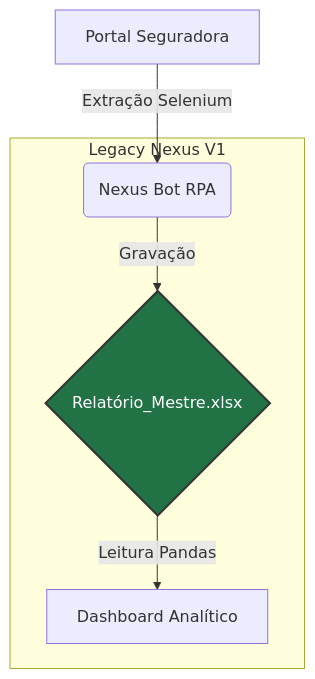
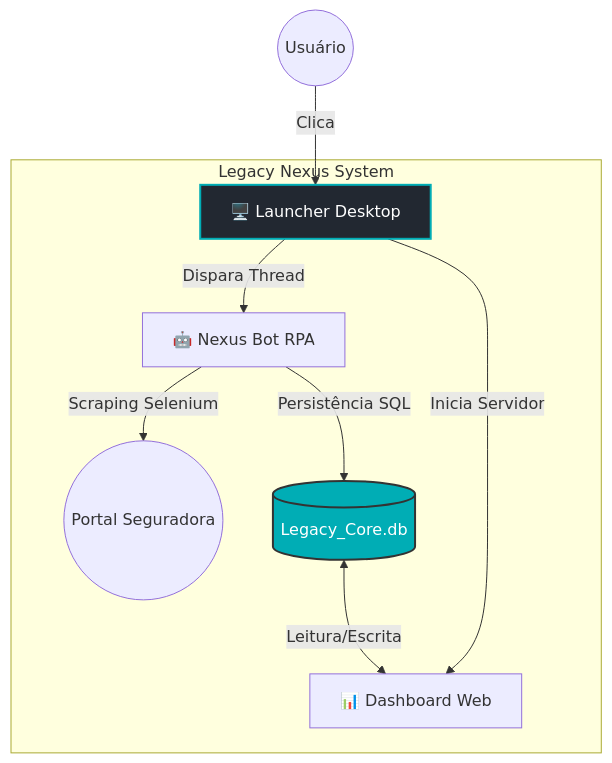
The diagram in README.md (P3dr006/legacy-nexus-showcase), drawn with Mermaid before and after one commit. The commit also changed other lines of this file and 2 other files, not shown here.

````diff
--- a/README.md
+++ b/README.md
@@ -18,14 +18,17 @@
 ```mermaid
 graph TD
-    A[Portal Seguradora] -->|Extração Selenium| B(Nexus Bot RPA)
-    B -->|Gravação| C{Relatório_Mestre.xlsx}
-    C -->|Leitura Pandas| D[Dashboard Analítico]
+    User((Usuário)) -->|Clica| A[🖥️ Launcher Desktop]
     
-    subgraph "Legacy Nexus V1"
-    B
-    C
-    D
+    subgraph "Legacy Nexus System"
+    A -->|Dispara Thread| B[🤖 Nexus Bot RPA]
+    A -->|Inicia Servidor| E[📊 Dashboard Web]
+    
+    B -->|Scraping Selenium| Internet((Portal Seguradora))
+    B -->|Persistência SQL| C[(Legacy_Core.db)]
+    
+    C <-->|Leitura/Escrita| E
     end
-    
-    style C fill:#217346,stroke:#333,stroke-width:2px,color:white
+
+    style C fill:#00ADB5,stroke:#333,stroke-width:2px,color:white
+    style A fill:#222831,stroke:#00ADB5,stroke-width:2px,color:white
 ```
````
